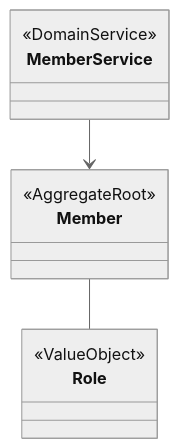
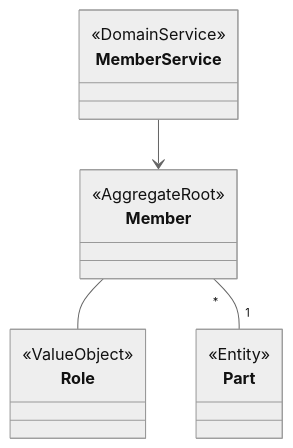
The fifth of 15 diagrams in 設計書/03_バウンデッドコンテキスト.md (NowatariSoma/tomosigoto_nou_system), drawn with Mermaid (neutral theme) before and after one commit. The commit also changed other lines of this file and 12 other files, not shown here.

````diff
--- a/設計書/03_バウンデッドコンテキスト.md
+++ b/設計書/03_バウンデッドコンテキスト.md
@@ -176,15 +227,19 @@
 ```mermaid
 classDiagram
     class Member {
         <<AggregateRoot>>
     }
     class Role {
         <<ValueObject>>
     }
     class MemberService {
         <<DomainService>>
     }
+    class Part {
+        <<Entity>>
+    }
     
     Member -- Role
+    Member "*" -- "1" Part
     MemberService --> Member
 ```
````
